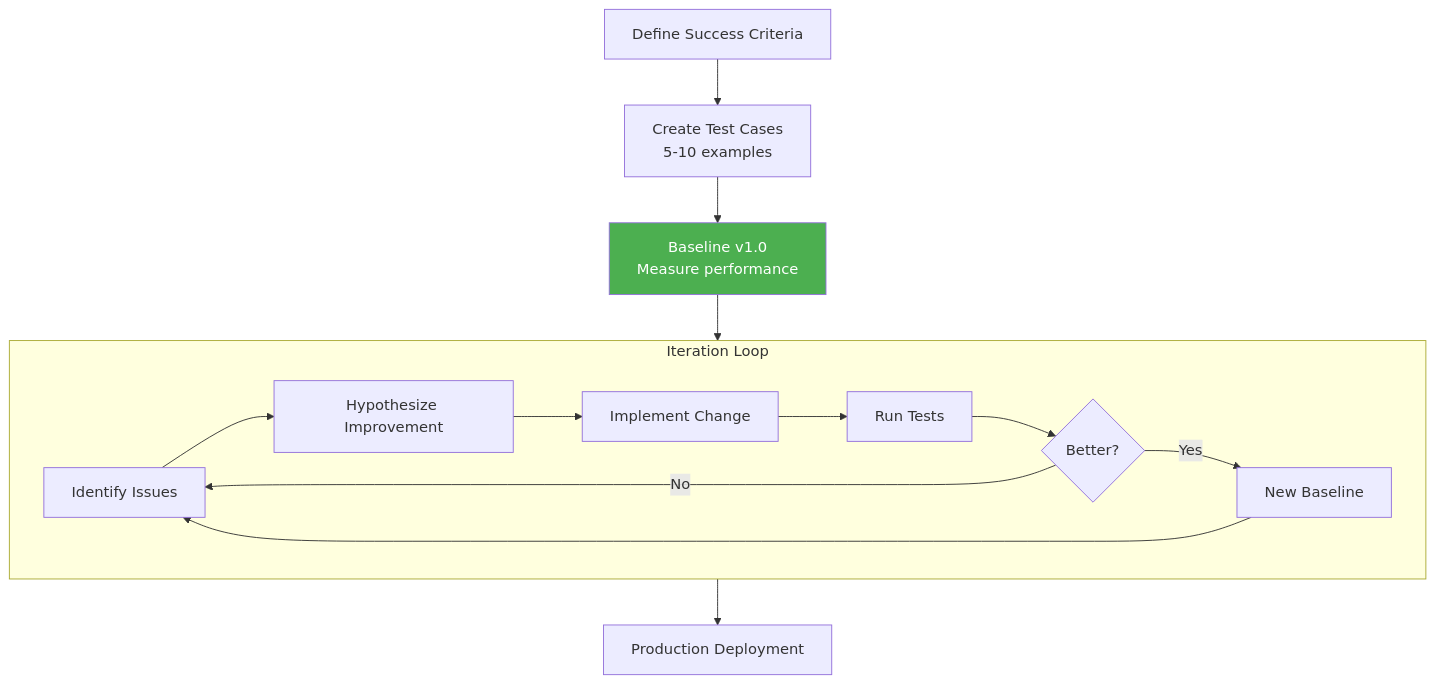
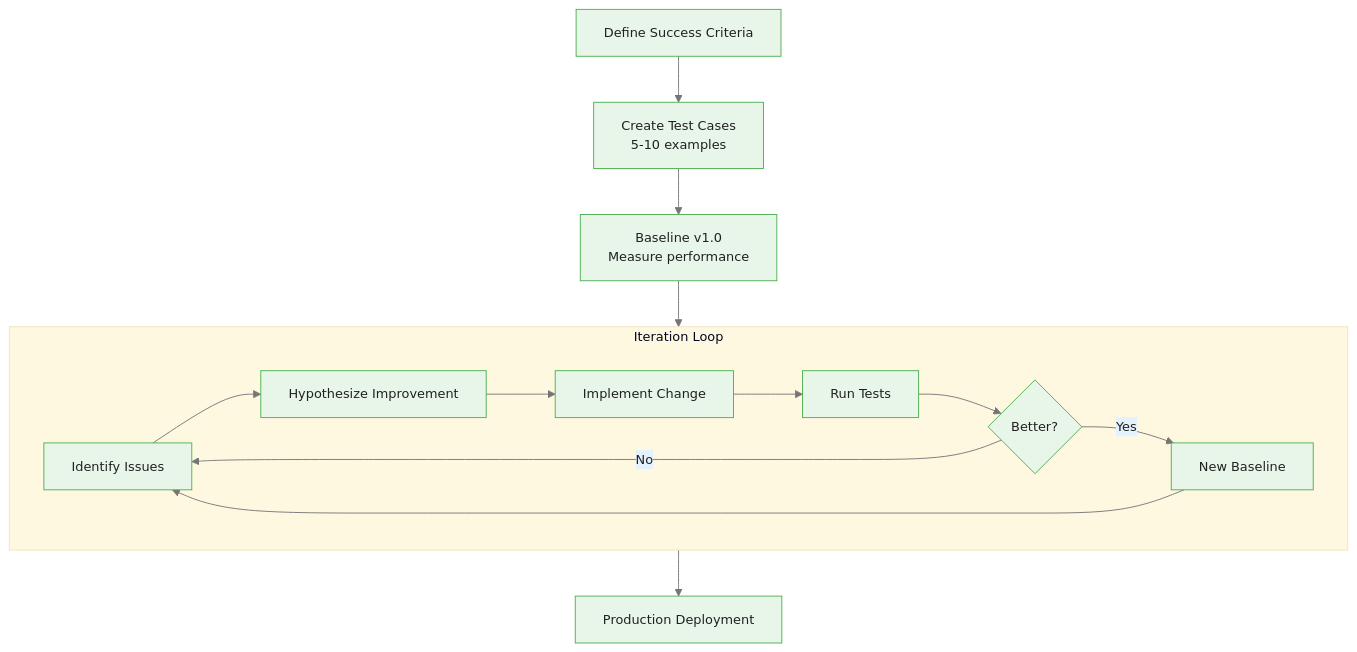
Before and after one commit to m-deane/course-creator: the first of 5 diagrams in courses/dataiku-genai/modules/module_01_prompts/guides/03_testing_iteration_slides.md, drawn with Mermaid. The commit also changed other lines of this file and 54 other files, not shown here.

````diff
--- a/courses/dataiku-genai/modules/module_01_prompts/guides/03_testing_iteration_slides.md
+++ b/courses/dataiku-genai/modules/module_01_prompts/guides/03_testing_iteration_slides.md
@@ -46,20 +46,19 @@
 ```mermaid
+%%{init: {"theme": "base", "themeVariables": {"primaryColor": "#e8f5e9", "primaryBorderColor": "#4caf50", "primaryTextColor": "#212121", "secondaryColor": "#e3f2fd", "tertiaryColor": "#fff8e1", "lineColor": "#757575", "fontFamily": "Inter, sans-serif", "fontSize": "14px"}}}%%
 flowchart TD
     DEF[Define Success Criteria] --> TC[Create Test Cases<br/>5-10 examples]
     TC --> BASE[Baseline v1.0<br/>Measure performance]
     BASE --> LOOP[Iteration Loop]
 
     subgraph LOOP[Iteration Loop]
         ID[Identify Issues] --> HYP[Hypothesize Improvement]
         HYP --> IMPL[Implement Change]
         IMPL --> TEST[Run Tests]
         TEST --> CMP{Better?}
         CMP -->|Yes| NEW[New Baseline]
         CMP -->|No| ID
         NEW --> ID
     end
 
     LOOP --> DEPLOY[Production Deployment]
-
-    style BASE fill:#4CAF50,color:#fff
 ```
````
